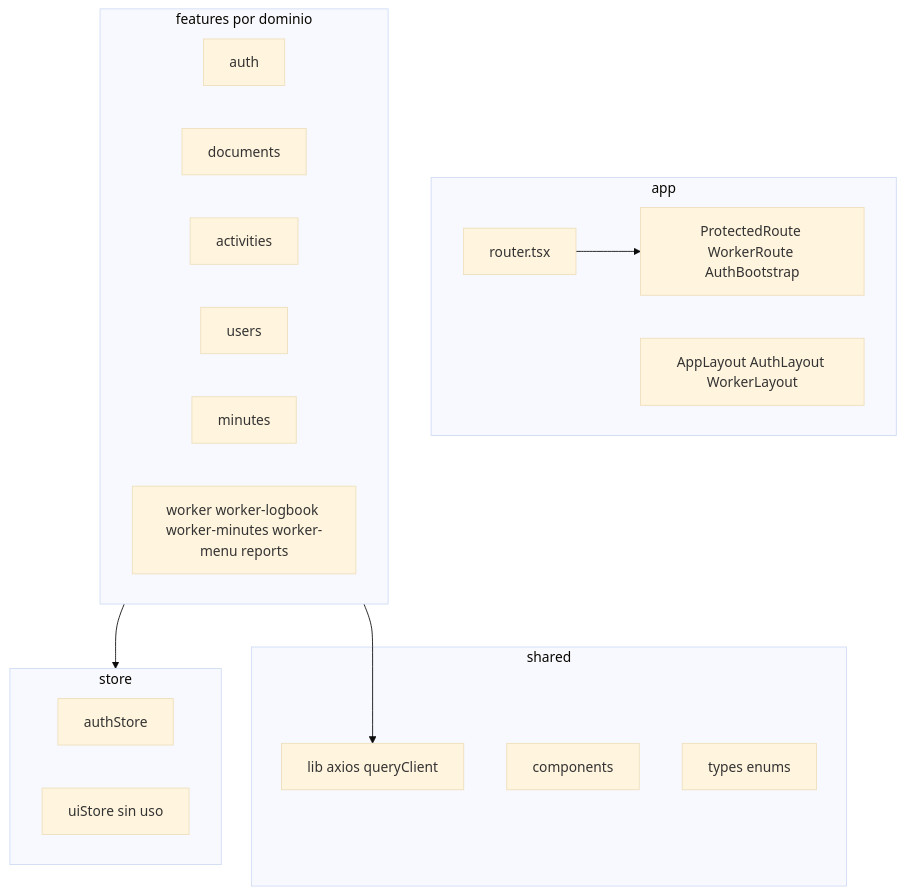
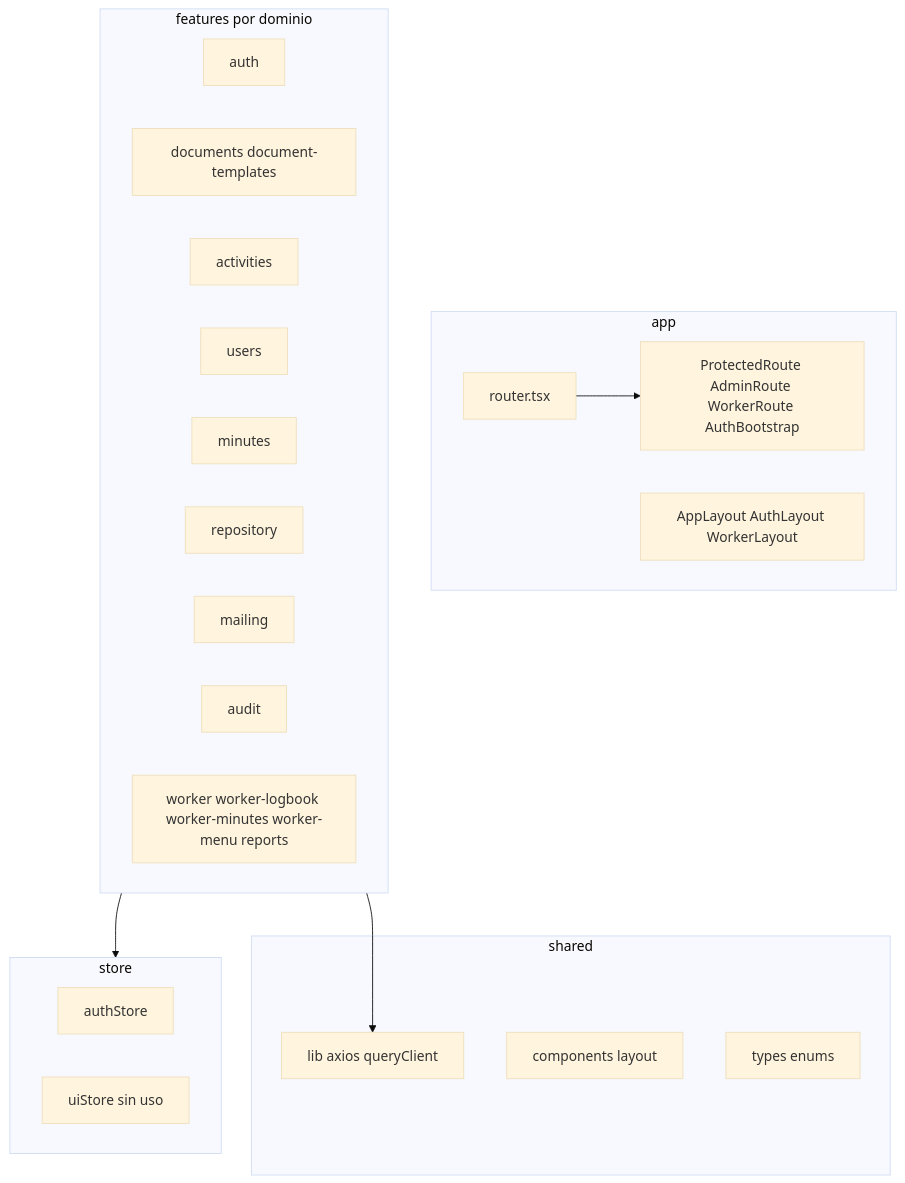
Before and after one commit to Fvgaviolenta/gestion-documental-somosbarrio: the diagram in PRODUCTO/FRONTEND/ANALISIS_FRONTEND.md, drawn with Mermaid (base theme). The commit also changed other lines of this file and 1 other file, not shown here.

````diff
--- a/PRODUCTO/FRONTEND/ANALISIS_FRONTEND.md
+++ b/PRODUCTO/FRONTEND/ANALISIS_FRONTEND.md
@@ -56,28 +64,31 @@
 ```mermaid
 flowchart TB
   subgraph app [app]
     Router[router.tsx]
     Layouts[AppLayout AuthLayout WorkerLayout]
-    Guards[ProtectedRoute WorkerRoute AuthBootstrap]
+    Guards[ProtectedRoute AdminRoute WorkerRoute AuthBootstrap]
   end
   subgraph features [features por dominio]
     Auth[auth]
-    Docs[documents]
+    Docs[documents document-templates]
     Acts[activities]
     Users[users]
     Mins[minutes]
+    Repo[repository]
+    Mail[mailing]
+    Audit[audit]
     Worker[worker worker-logbook worker-minutes worker-menu reports]
   end
   subgraph shared [shared]
     Lib[lib axios queryClient]
-    UI[components]
+    UI[components layout]
     Types[types enums]
   end
   subgraph store [store]
     AuthStore[authStore]
     UiStore[uiStore sin uso]
   end
   Router --> Guards
   features --> Lib
   features --> store
 ```
````
